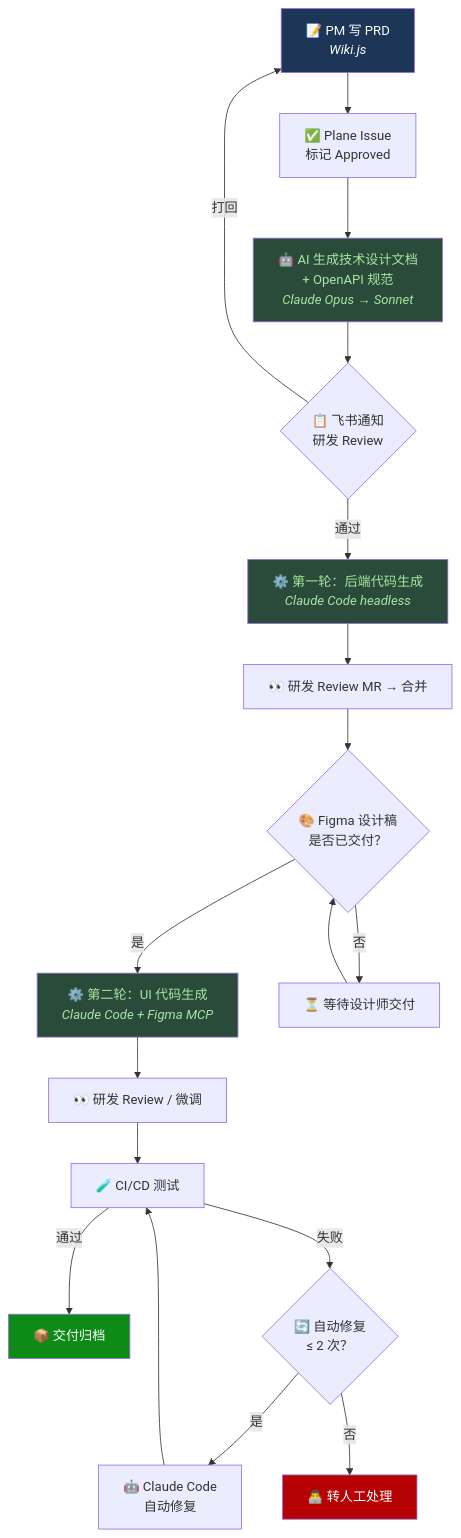
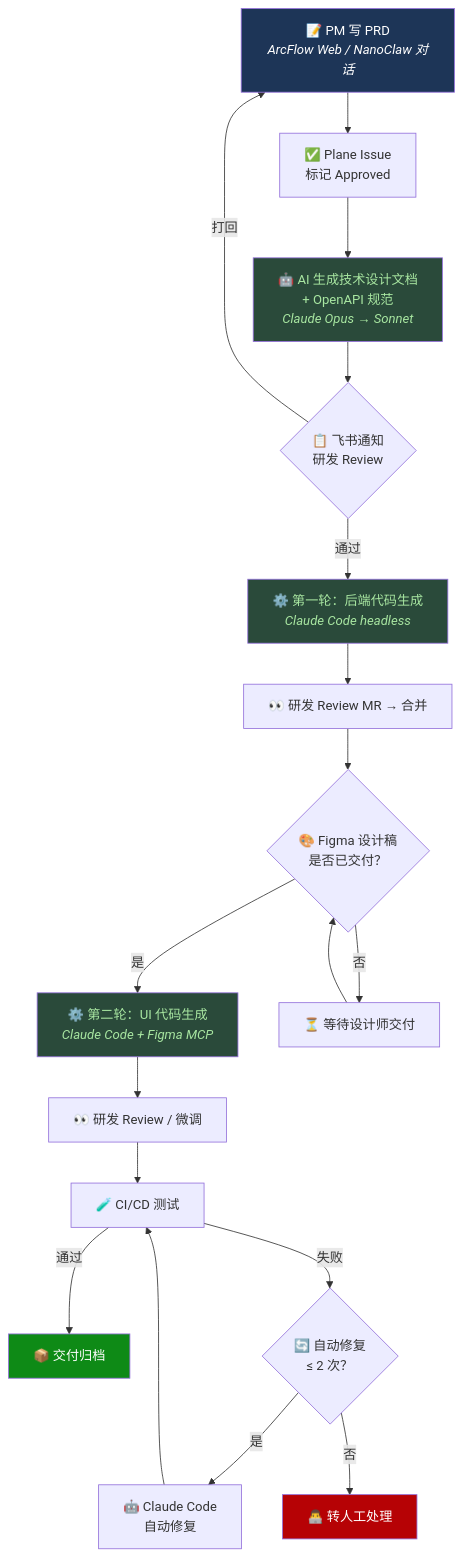
Before and after one commit to ssyamv/ArcFlow: the second of 3 diagrams in README.md, drawn with Mermaid. The commit also changed other lines of this file and 1 other file, not shown here.

````diff
--- a/README.md
+++ b/README.md
@@ -60,26 +60,26 @@
 ```mermaid
 flowchart TD
-  A["📝 PM 写 PRD<br/><i>Wiki.js</i>"] --> B["✅ Plane Issue<br/>标记 Approved"]
+  A["📝 PM 写 PRD<br/><i>ArcFlow Web / NanoClaw 对话</i>"] --> B["✅ Plane Issue<br/>标记 Approved"]
   B --> C["🤖 AI 生成技术设计文档<br/>+ OpenAPI 规范<br/><i>Claude Opus → Sonnet</i>"]
   C --> D{"📋 飞书通知<br/>研发 Review"}
   D -->|通过| E["⚙️ 第一轮：后端代码生成<br/><i>Claude Code headless</i>"]
   D -->|打回| A
   E --> F["👀 研发 Review MR → 合并"]
   F --> G{"🎨 Figma 设计稿<br/>是否已交付？"}
   G -->|是| H["⚙️ 第二轮：UI 代码生成<br/><i>Claude Code + Figma MCP</i>"]
   G -->|否| W["⏳ 等待设计师交付"]
   W --> G
   H --> I["👀 研发 Review / 微调"]
   I --> J["🧪 CI/CD 测试"]
   J -->|通过| K["📦 交付归档"]
   J -->|失败| L{"🔄 自动修复<br/>≤ 2 次？"}
   L -->|是| M["🤖 Claude Code<br/>自动修复"] --> J
   L -->|否| N["👨‍💻 转人工处理"]
 
   style A fill:#1d3557,color:#fff
   style C fill:#2a4a3a,color:#a8e6a1
   style E fill:#2a4a3a,color:#a8e6a1
   style H fill:#2a4a3a,color:#a8e6a1
   style K fill:#0e8a16,color:#fff
   style N fill:#b60205,color:#fff
 ```
````
